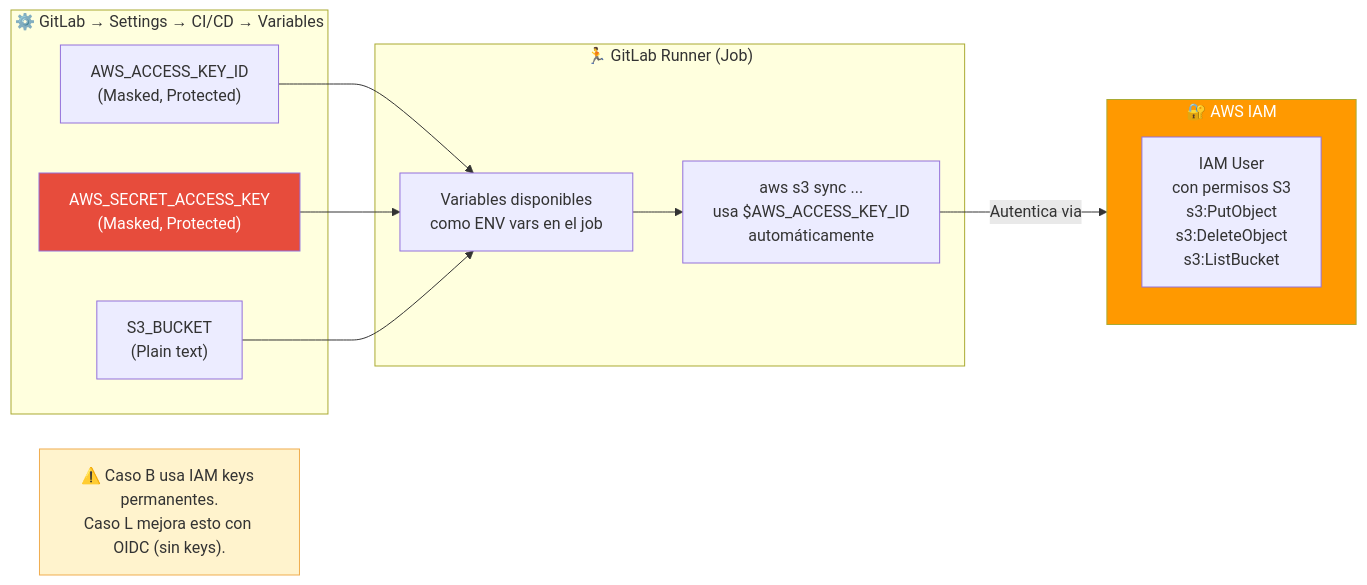
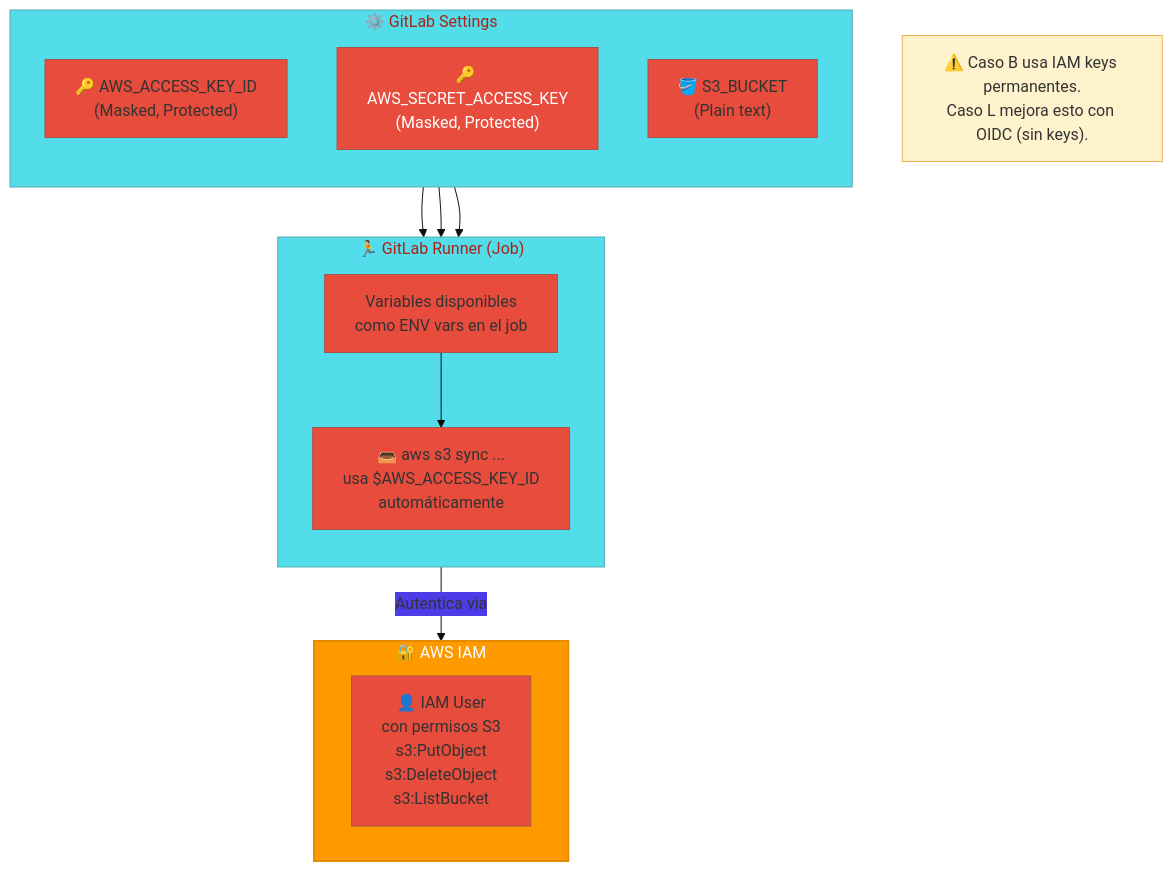
Before and after one commit to vladimiracunadev-create/proyectos-aws: the third of 3 diagrams in caso-b-gitlab-s3/docs/architecture.md, drawn with Mermaid. The commit also changed other lines of this file and 6 other files, not shown here.

Commit message:
docs: mass optimization of architecture diagrams for all completed cases (A, B, C, D, J, K, L) - vertical flow and premium styles

````diff
--- a/caso-b-gitlab-s3/docs/architecture.md
+++ b/caso-b-gitlab-s3/docs/architecture.md
@@ -90,29 +94,32 @@
 ```mermaid
-graph LR
-    subgraph GitLab_Settings["⚙️ GitLab → Settings → CI/CD → Variables"]
-        V1["AWS_ACCESS_KEY_ID\n(Masked, Protected)"]
-        V2["AWS_SECRET_ACCESS_KEY\n(Masked, Protected)"]
-        V3["S3_BUCKET\n(Plain text)"]
+%%{init: {'theme': 'base', 'themeVariables': { 'primaryColor': '#E74C3C', 'fontsize': '16px' }}}%%
+graph TB
+    subgraph GitLab_Settings["⚙️ GitLab Settings"]
+        direction TB
+        V1["🔑 AWS_ACCESS_KEY_ID\n(Masked, Protected)"]
+        V2["🔑 AWS_SECRET_ACCESS_KEY\n(Masked, Protected)"]
+        V3["🪣 S3_BUCKET\n(Plain text)"]
     end
 
     subgraph Runner["🏃 GitLab Runner (Job)"]
+        direction TB
         Env["Variables disponibles\ncomo ENV vars en el job"]
-        CLI["aws s3 sync ...\nusa $AWS_ACCESS_KEY_ID\nautomáticamente"]
+        CLI["📤 aws s3 sync ...\nusa $AWS_ACCESS_KEY_ID\nautomáticamente"]
     end
 
     subgraph IAM["🔐 AWS IAM"]
-        User["IAM User\ncon permisos S3\ns3:PutObject\ns3:DeleteObject\ns3:ListBucket"]
+        User["👤 IAM User\ncon permisos S3\ns3:PutObject\ns3:DeleteObject\ns3:ListBucket"]
     end
 
     V1 --> Env
     V2 --> Env
     V3 --> Env
     Env --> CLI
     CLI -->|"Autentica via"| IAM
 
     Note1["⚠️ Caso B usa IAM keys permanentes.\nCaso L mejora esto con OIDC (sin keys)."]
 
     style V2 fill:#E74C3C,color:#fff
-    style IAM fill:#FF9900,color:#fff
+    style IAM fill:#FF9900,color:#fff,stroke:#e68a00,stroke-width:2px
     style Note1 fill:#FFF3CD,color:#333,stroke:#F0AD4E
 ```
````
